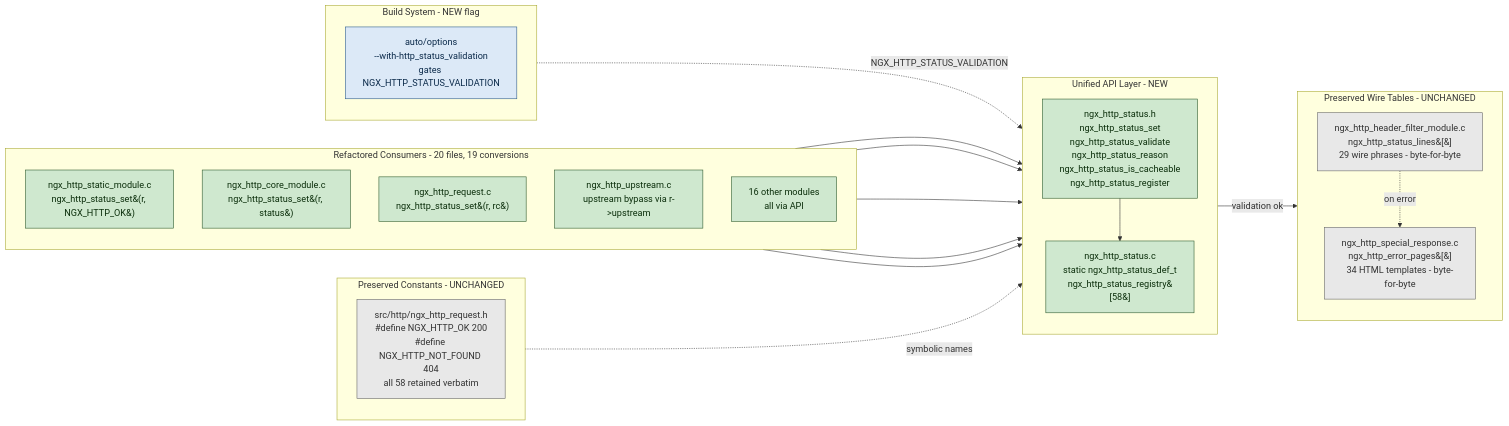
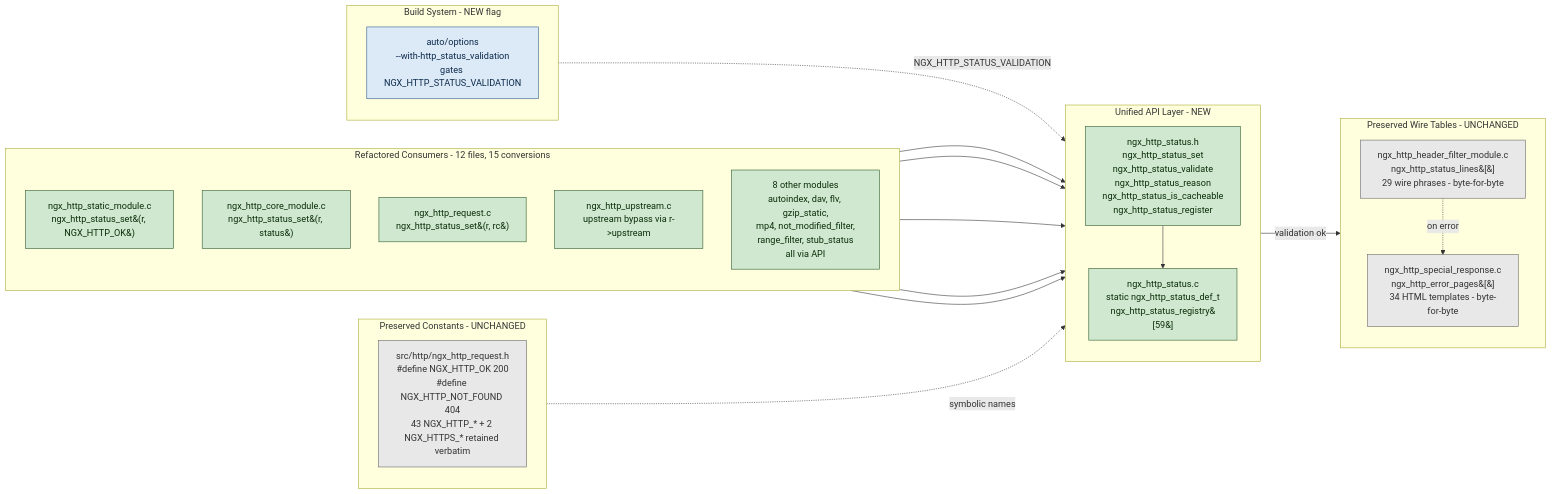
One commit to Blitzy-Sandbox/blitzy-nginx changed the second of 5 diagrams in docs/architecture/status_code_refactor.md. Above: the diagram before and after it, drawn with Mermaid. The commit also changed other lines of this file and 6 other files, not shown here.

````diff
--- a/docs/architecture/status_code_refactor.md
+++ b/docs/architecture/status_code_refactor.md
@@ -79,55 +79,55 @@
 ```mermaid
 flowchart LR
     subgraph API["Unified API Layer - NEW"]
         direction TB
         D1["ngx_http_status.h<br/>ngx_http_status_set<br/>ngx_http_status_validate<br/>ngx_http_status_reason<br/>ngx_http_status_is_cacheable<br/>ngx_http_status_register"]
-        D2["ngx_http_status.c<br/>static ngx_http_status_def_t<br/>ngx_http_status_registry&#91;58&#93;"]
+        D2["ngx_http_status.c<br/>static ngx_http_status_def_t<br/>ngx_http_status_registry&#91;59&#93;"]
     end
 
     subgraph Constants["Preserved Constants - UNCHANGED"]
         direction TB
-        A1["src/http/ngx_http_request.h<br/>#define NGX_HTTP_OK 200<br/>#define NGX_HTTP_NOT_FOUND 404<br/>all 58 retained verbatim"]
+        A1["src/http/ngx_http_request.h<br/>#define NGX_HTTP_OK 200<br/>#define NGX_HTTP_NOT_FOUND 404<br/>43 NGX_HTTP_* + 2 NGX_HTTPS_* retained verbatim"]
     end
 
-    subgraph Consumers["Refactored Consumers - 20 files, 19 conversions"]
+    subgraph Consumers["Refactored Consumers - 12 files, 15 conversions"]
         direction TB
         B1["ngx_http_static_module.c<br/>ngx_http_status_set&#40;r, NGX_HTTP_OK&#41;"]
         B2["ngx_http_core_module.c<br/>ngx_http_status_set&#40;r, status&#41;"]
         B3["ngx_http_request.c<br/>ngx_http_status_set&#40;r, rc&#41;"]
         B4["ngx_http_upstream.c<br/>upstream bypass via r->upstream"]
-        B5["16 other modules<br/>all via API"]
+        B5["8 other modules<br/>autoindex, dav, flv, gzip_static,<br/>mp4, not_modified_filter,<br/>range_filter, stub_status<br/>all via API"]
     end
 
     subgraph WireTables["Preserved Wire Tables - UNCHANGED"]
         direction TB
         C1["ngx_http_header_filter_module.c<br/>ngx_http_status_lines&#91;&#93;<br/>29 wire phrases - byte-for-byte"]
         C2["ngx_http_special_response.c<br/>ngx_http_error_pages&#91;&#93;<br/>34 HTML templates - byte-for-byte"]
     end
 
     subgraph Build["Build System - NEW flag"]
         direction TB
         E1["auto/options<br/>--with-http_status_validation<br/>gates NGX_HTTP_STATUS_VALIDATION"]
     end
 
     A1 -.symbolic names.-> D1
     D1 --> D2
     B1 --> D1
     B2 --> D1
     B3 --> D1
     B4 --> D1
     B5 --> D1
     D1 -- validation ok --> C1
     C1 -. on error .-> C2
     E1 -. NGX_HTTP_STATUS_VALIDATION .-> D2
 
     classDef newBox fill:#cfe8cf,stroke:#2d5a2d,color:#0b2e0b
     classDef preservedBox fill:#e8e8e8,stroke:#666666,color:#333333
     classDef consumerBox fill:#cfe8cf,stroke:#2d5a2d,color:#0b2e0b
     classDef wireBox fill:#e8e8e8,stroke:#666666,color:#333333
     classDef buildBox fill:#dce9f7,stroke:#2a5a8a,color:#0b2a4a
     class D1,D2 newBox
     class A1 preservedBox
     class B1,B2,B3,B4,B5 consumerBox
     class C1,C2 wireBox
     class E1 buildBox
 ```
````
